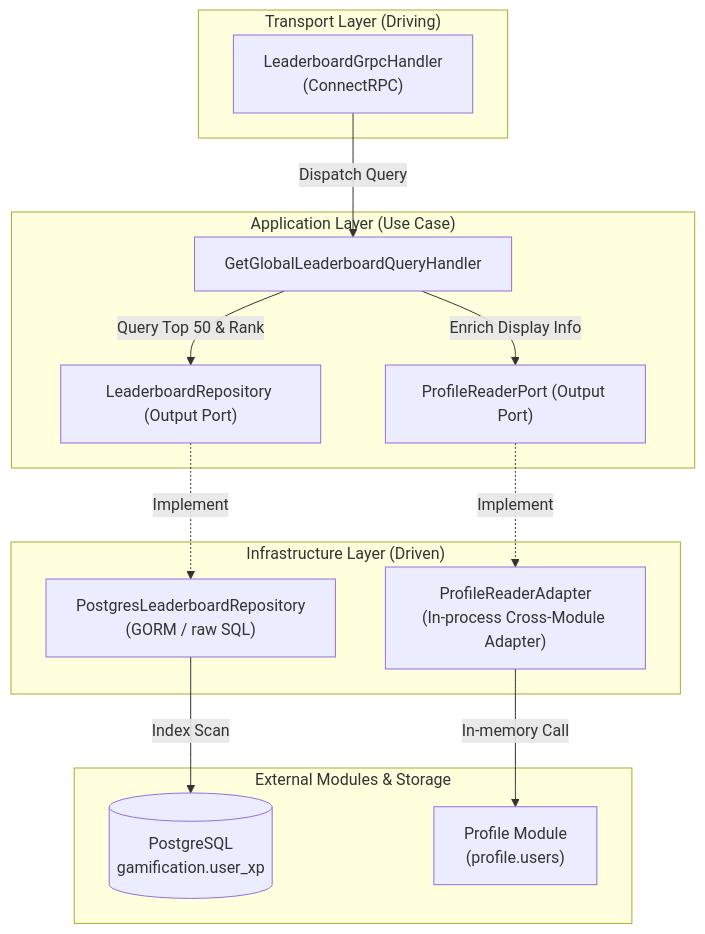
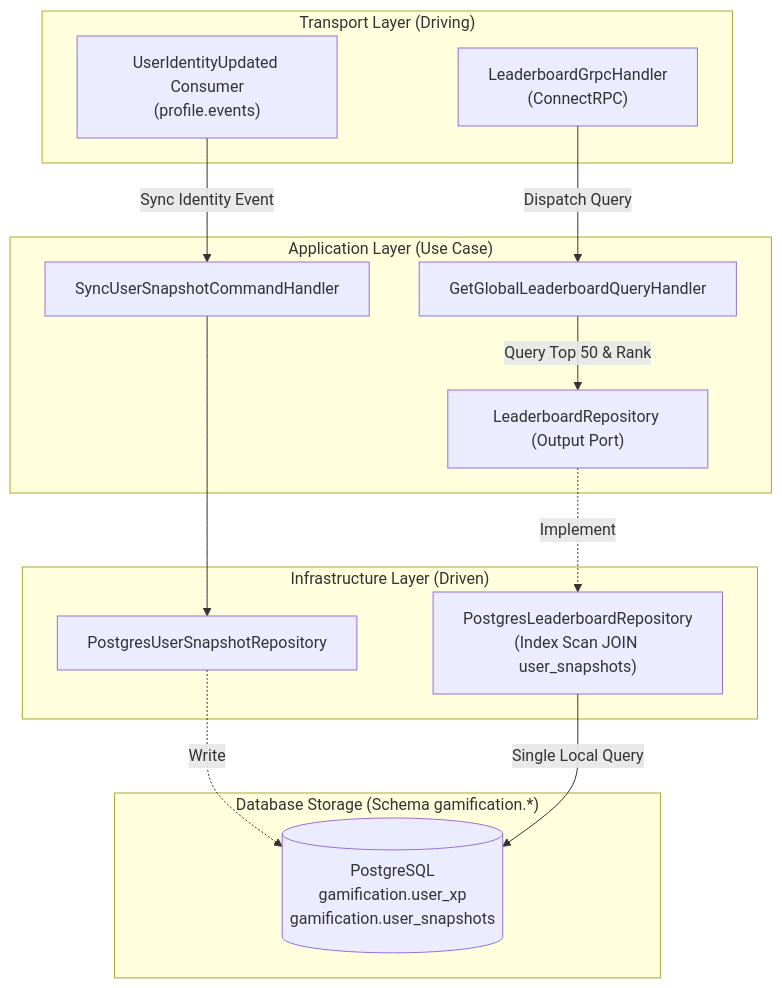
Before and after one commit to viethung213/gym-companion: the first of 2 diagrams in internal/gamification/docs/features/leaderboards/02-design.md, drawn with Mermaid. The commit also changed other lines of this file and 4 other files, not shown here.

Commit message:
:memo: docs(gamification): chuyen sang bang user_snapshots cuc bo cho leaderboard

````diff
--- a/internal/gamification/docs/features/leaderboards/02-design.md
+++ b/internal/gamification/docs/features/leaderboards/02-design.md
@@ -7,30 +7,30 @@
 ```mermaid
 flowchart TD
     subgraph DrivingAdapters["Transport Layer (Driving)"]
         GRPC["LeaderboardGrpcHandler<br/>(ConnectRPC)"]
+        K_IDENT["UserIdentityUpdated Consumer<br/>(profile.events)"]
     end
 
     subgraph ApplicationLayer["Application Layer (Use Case)"]
         HANDLER["GetGlobalLeaderboardQueryHandler"]
         PORT_REPO["LeaderboardRepository (Output Port)"]
-        PORT_PROFILE["ProfileReaderPort (Output Port)"]
+        CMD_SNAPSHOT["SyncUserSnapshotCommandHandler"]
     end
 
     subgraph DrivenAdapters["Infrastructure Layer (Driven)"]
-        REPO_IMPL["PostgresLeaderboardRepository<br/>(GORM / raw SQL)"]
-        PROFILE_ADAPTER["ProfileReaderAdapter<br/>(In-process Cross-Module Adapter)"]
+        REPO_IMPL["PostgresLeaderboardRepository<br/>(Index Scan JOIN user_snapshots)"]
+        SNAPSHOT_REPO["PostgresUserSnapshotRepository"]
     end
 
-    subgraph External["External Modules & Storage"]
-        DB[(PostgreSQL<br/>gamification.user_xp)]
-        PROFILE_MOD["Profile Module<br/>(profile.users)"]
+    subgraph Storage["Database Storage (Schema gamification.*)"]
+        DB[(PostgreSQL<br/>gamification.user_xp<br/>gamification.user_snapshots)]
     end
 
     GRPC -->|Dispatch Query| HANDLER
+    K_IDENT -->|Sync Identity Event| CMD_SNAPSHOT
     HANDLER -->|Query Top 50 & Rank| PORT_REPO
-    HANDLER -->|Enrich Display Info| PORT_PROFILE
+    CMD_SNAPSHOT --> SNAPSHOT_REPO
     PORT_REPO -.->|Implement| REPO_IMPL
-    PORT_PROFILE -.->|Implement| PROFILE_ADAPTER
-    REPO_IMPL -->|Index Scan| DB
-    PROFILE_ADAPTER -->|In-memory Call| PROFILE_MOD
+    SNAPSHOT_REPO -.->|Write| DB
+    REPO_IMPL -->|Single Local Query| DB
 ```
````
